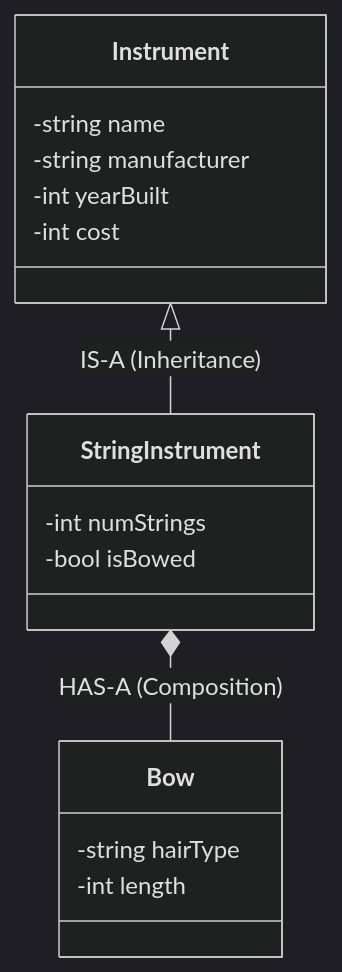
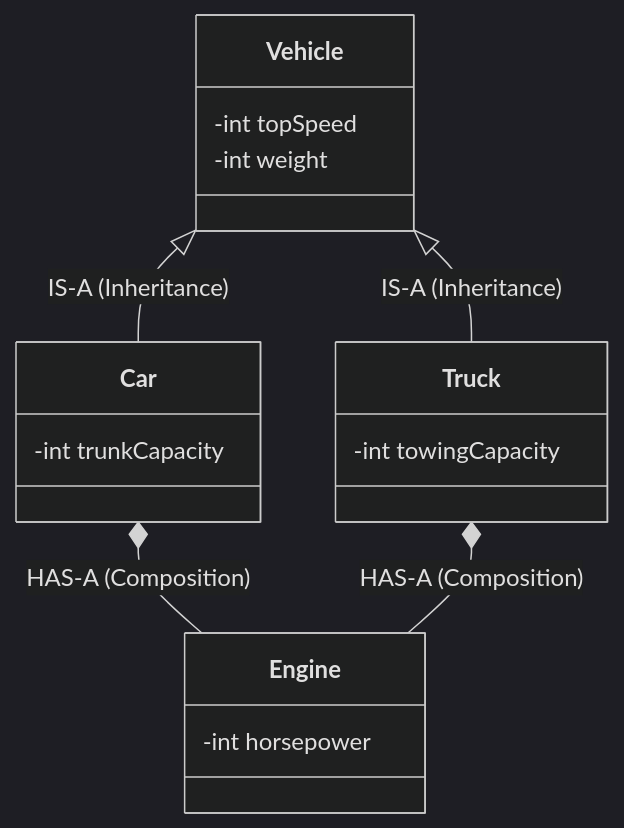
The second of 4 diagrams in notes/20261113/inhertiance.md (atkoehler/UIC-CS141-Public), drawn with Mermaid (dark theme) before and after one commit. The commit also changed other lines of this file, not shown here.

````diff
--- a/notes/20261113/inhertiance.md
+++ b/notes/20261113/inhertiance.md
@@ -53,20 +78,21 @@
 ```mermaid
 classDiagram
-    class Instrument {
-        -string name
-        -string manufacturer
-        -int yearBuilt
-        -int cost
+    class Vehicle {
+        -int topSpeed
+        -int weight
     }
-    class StringInstrument {
-        -int numStrings
-        -bool isBowed
+    class Car {
+        -int trunkCapacity
     }
-    class Bow {
-        -string hairType
-        -int length
+    class Truck {
+        -int towingCapacity
+    }
+    class Engine {
+        -int horsepower
     }
     
-    Instrument <|-- StringInstrument : IS-A (Inheritance)
-    StringInstrument *-- Bow : HAS-A (Composition)
+    Vehicle <|-- Car : IS-A (Inheritance)
+    Vehicle <|-- Truck : IS-A (Inheritance)
+    Car *-- Engine : HAS-A (Composition)
+    Truck *-- Engine : HAS-A (Composition)
 ```
````
